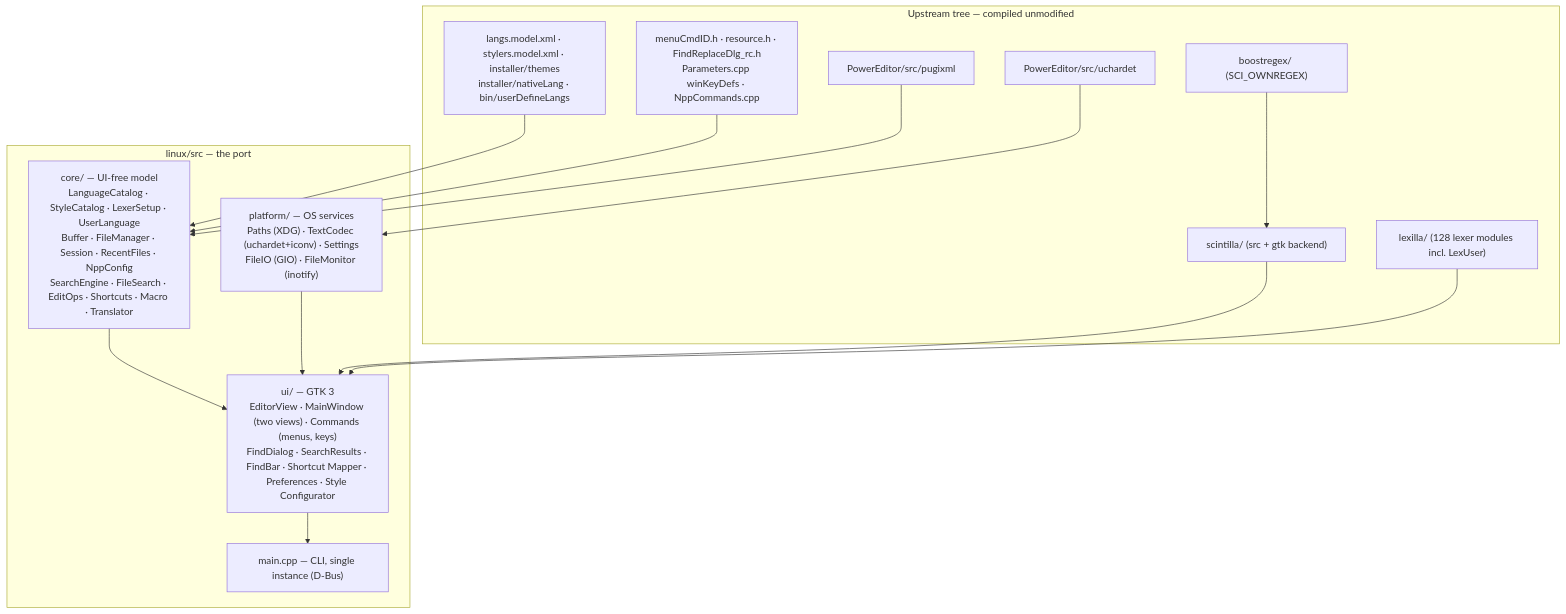
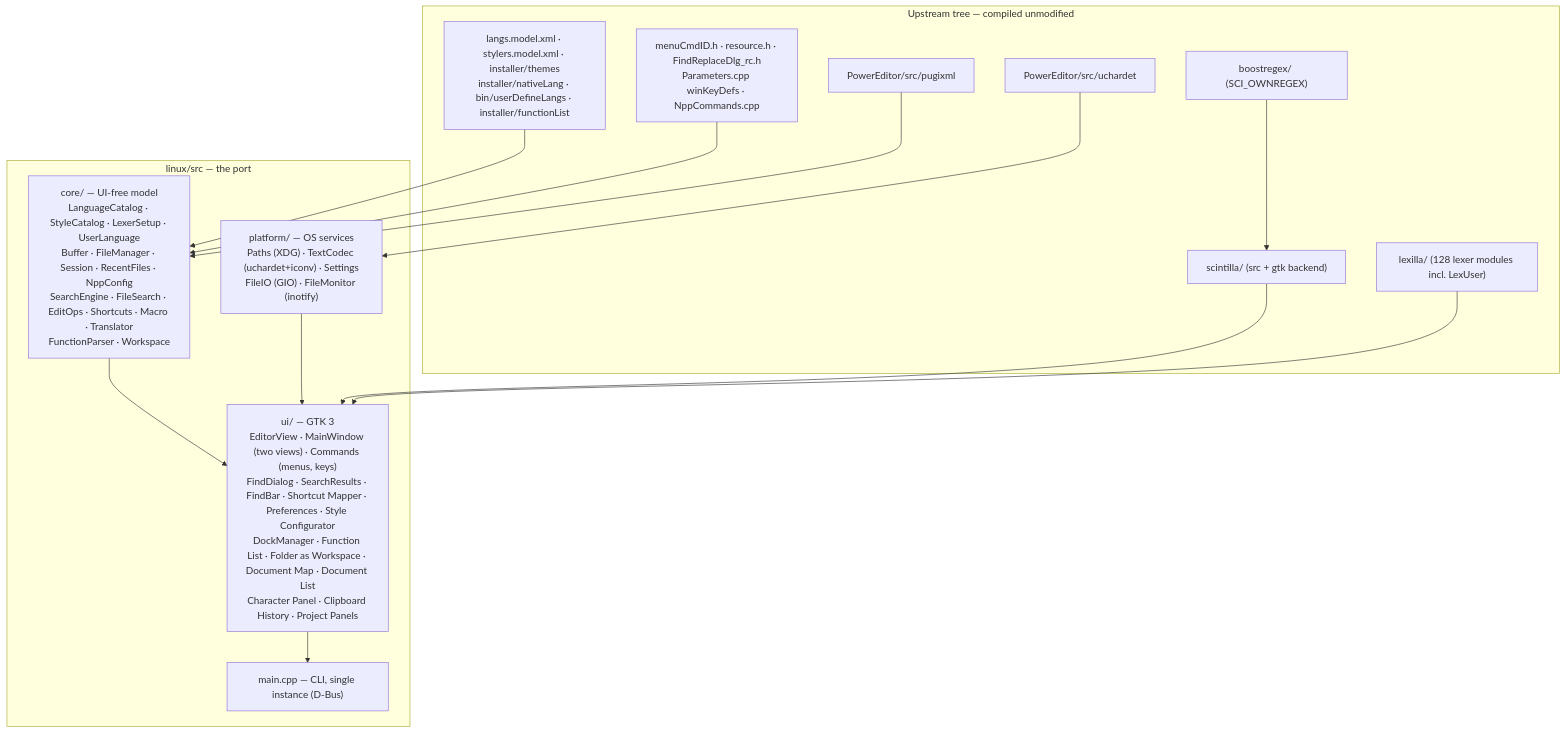
Before and after one commit to shchers/notepad-plus-plus: the diagram in linux/docs/PORTING.md, drawn with Mermaid. The commit also changed other lines of this file and 45 other files, not shown here.

First line of the commit message:
Linux GTK port: Phase 4 — docking panels

````diff
--- a/linux/docs/PORTING.md
+++ b/linux/docs/PORTING.md
@@ -137,28 +141,28 @@
 ```mermaid
 flowchart TB
     subgraph upstream["Upstream tree — compiled unmodified"]
         SCI["scintilla/ (src + gtk backend)"]
         LEX["lexilla/ (128 lexer modules incl. LexUser)"]
         BRX["boostregex/ (SCI_OWNREGEX)"]
         PUG["PowerEditor/src/pugixml"]
         UCD["PowerEditor/src/uchardet"]
-        DATA["langs.model.xml · stylers.model.xml · installer/themes<br/>installer/nativeLang · bin/userDefineLangs"]
+        DATA["langs.model.xml · stylers.model.xml · installer/themes<br/>installer/nativeLang · bin/userDefineLangs · installer/functionList"]
         IDS["menuCmdID.h · resource.h · FindReplaceDlg_rc.h<br/>Parameters.cpp winKeyDefs · NppCommands.cpp"]
     end
     subgraph port["linux/src — the port"]
-        CORE["core/ — UI-free model<br/>LanguageCatalog · StyleCatalog · LexerSetup · UserLanguage<br/>Buffer · FileManager · Session · RecentFiles · NppConfig<br/>SearchEngine · FileSearch · EditOps · Shortcuts · Macro · Translator"]
+        CORE["core/ — UI-free model<br/>LanguageCatalog · StyleCatalog · LexerSetup · UserLanguage<br/>Buffer · FileManager · Session · RecentFiles · NppConfig<br/>SearchEngine · FileSearch · EditOps · Shortcuts · Macro · Translator<br/>FunctionParser · Workspace"]
         PLAT["platform/ — OS services<br/>Paths (XDG) · TextCodec (uchardet+iconv) · Settings<br/>FileIO (GIO) · FileMonitor (inotify)"]
-        UI["ui/ — GTK 3<br/>EditorView · MainWindow (two views) · Commands (menus, keys)<br/>FindDialog · SearchResults · FindBar · Shortcut Mapper · Preferences · Style Configurator"]
+        UI["ui/ — GTK 3<br/>EditorView · MainWindow (two views) · Commands (menus, keys)<br/>FindDialog · SearchResults · FindBar · Shortcut Mapper · Preferences · Style Configurator<br/>DockManager · Function List · Folder as Workspace · Document Map · Document List<br/>Character Panel · Clipboard History · Project Panels"]
         MAIN["main.cpp — CLI, single instance (D-Bus)"]
     end
     DATA --> CORE
     IDS --> CORE
     PUG --> CORE
     UCD --> PLAT
     CORE --> UI
     PLAT --> UI
     SCI --> UI
     LEX --> UI
     BRX --> SCI
     UI --> MAIN
 ```
````
